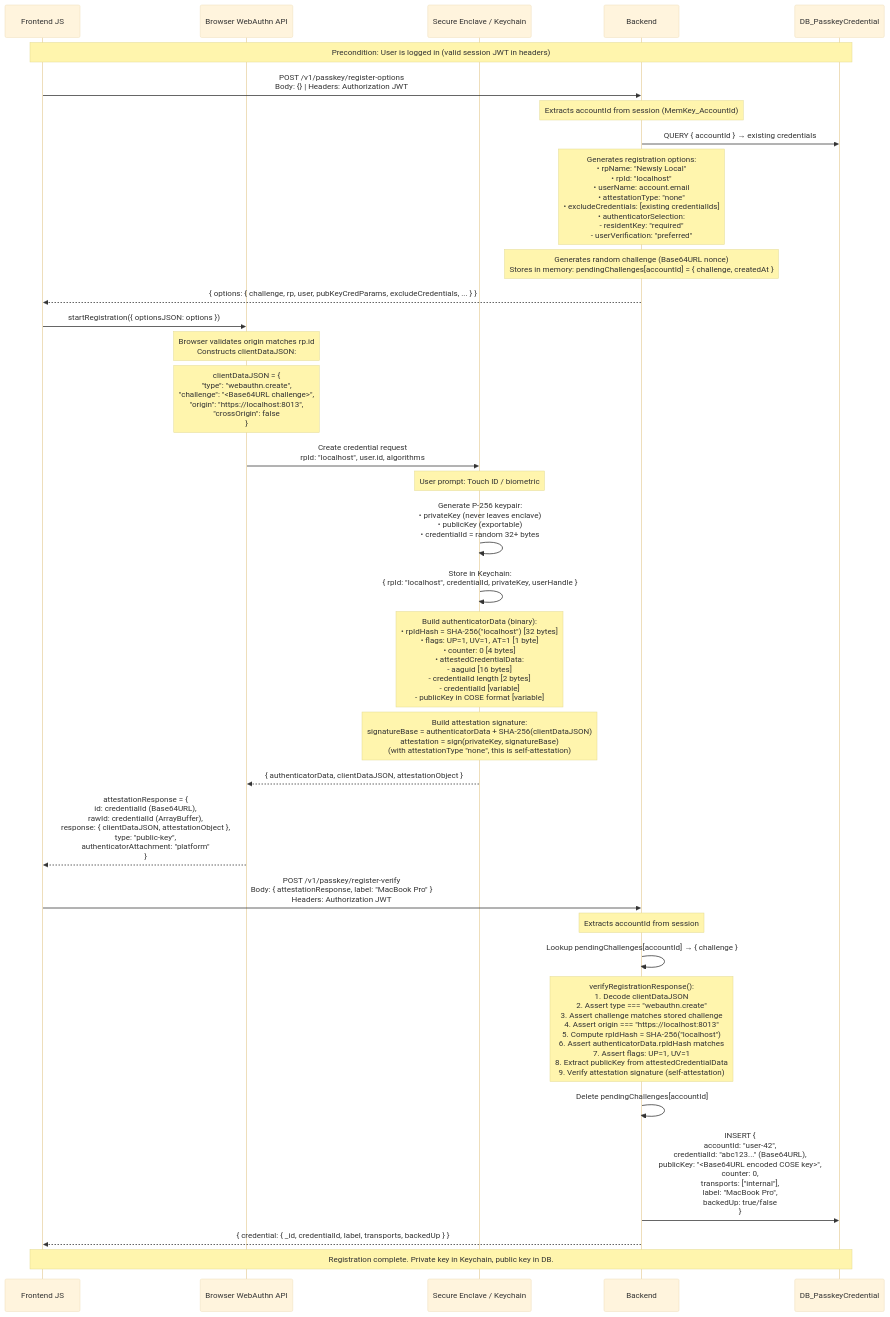
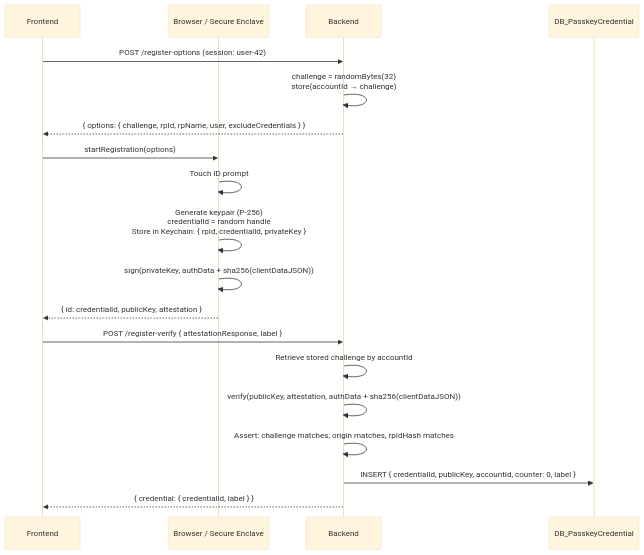
Before and after one commit to nu-art-js/thunderstorm: the diagram in auth/passkey/_docs/passkey-registration-flow.md, drawn with Mermaid (base theme). The commit also changed other lines of this file and 1 other file, not shown here.

Commit message:
docs: Simplify passkey flow diagrams — pseudo with params/output only

````diff
--- a/auth/passkey/_docs/passkey-registration-flow.md
+++ b/auth/passkey/_docs/passkey-registration-flow.md
@@ -5,42 +5,24 @@
 ```mermaid
 sequenceDiagram
-    participant FE as Frontend JS
-    participant Browser as Browser WebAuthn API
-    participant SE as Secure Enclave / Keychain
+    participant FE as Frontend
+    participant Browser as Browser / Secure Enclave
     participant BE as Backend
     participant DB as DB_PasskeyCredential
 
-    Note over FE, DB: Precondition: User is logged in (valid session JWT in headers)
+    FE->>BE: POST /register-options (session: user-42)
+    BE->>BE: challenge = randomBytes(32)<br/>store(accountId → challenge)
+    BE-->>FE: { options: { challenge, rpId, rpName, user, excludeCredentials } }
 
-    FE->>BE: POST /v1/passkey/register-options<br/>Body: {} | Headers: Authorization JWT
-    Note over BE: Extracts accountId from session (MemKey_AccountId)
-    BE->>DB: QUERY { accountId } → existing credentials
-    Note over BE: Generates registration options:<br/>• rpName: "Newsly Local"<br/>• rpId: "localhost"<br/>• userName: account.email<br/>• attestationType: "none"<br/>• excludeCredentials: [existing credentialIds]<br/>• authenticatorSelection:<br/>  - residentKey: "required"<br/>  - userVerification: "preferred"
-    Note over BE: Generates random challenge (Base64URL nonce)<br/>Stores in memory: pendingChallenges[accountId] = { challenge, createdAt }
-    BE-->>FE: { options: { challenge, rp, user, pubKeyCredParams, excludeCredentials, ... } }
+    FE->>Browser: startRegistration(options)
+    Browser->>Browser: Touch ID prompt
+    Browser->>Browser: Generate keypair (P-256)<br/>credentialId = random handle<br/>Store in Keychain: { rpId, credentialId, privateKey }
+    Browser->>Browser: sign(privateKey, authData + sha256(clientDataJSON))
+    Browser-->>FE: { id: credentialId, publicKey, attestation }
 
-    FE->>Browser: startRegistration({ optionsJSON: options })
-    Note over Browser: Browser validates origin matches rp.id<br/>Constructs clientDataJSON:
-    Note over Browser: clientDataJSON = {<br/>  "type": "webauthn.create",<br/>  "challenge": "<Base64URL challenge>",<br/>  "origin": "https://localhost:8013",<br/>  "crossOrigin": false<br/>}
-
-    Browser->>SE: Create credential request<br/>rpId: "localhost", user.id, algorithms
-    Note over SE: User prompt: Touch ID / biometric
-    SE->>SE: Generate P-256 keypair:<br/>• privateKey (never leaves enclave)<br/>• publicKey (exportable)<br/>• credentialId = random 32+ bytes
-    SE->>SE: Store in Keychain:<br/>{ rpId: "localhost", credentialId, privateKey, userHandle }
-    Note over SE: Build authenticatorData (binary):<br/>• rpIdHash = SHA-256("localhost") [32 bytes]<br/>• flags: UP=1, UV=1, AT=1 [1 byte]<br/>• counter: 0 [4 bytes]<br/>• attestedCredentialData:<br/>  - aaguid [16 bytes]<br/>  - credentialId length [2 bytes]<br/>  - credentialId [variable]<br/>  - publicKey in COSE format [variable]
-    Note over SE: Build attestation signature:<br/>signatureBase = authenticatorData + SHA-256(clientDataJSON)<br/>attestation = sign(privateKey, signatureBase)<br/>(with attestationType "none", this is self-attestation)
-    SE-->>Browser: { authenticatorData, clientDataJSON, attestationObject }
-
-    Browser-->>FE: attestationResponse = {<br/>  id: credentialId (Base64URL),<br/>  rawId: credentialId (ArrayBuffer),<br/>  response: { clientDataJSON, attestationObject },<br/>  type: "public-key",<br/>  authenticatorAttachment: "platform"<br/>}
-
-    FE->>BE: POST /v1/passkey/register-verify<br/>Body: { attestationResponse, label: "MacBook Pro" }<br/>Headers: Authorization JWT
-
-    Note over BE: Extracts accountId from session
-    BE->>BE: Lookup pendingChallenges[accountId] → { challenge }
-    Note over BE: verifyRegistrationResponse():<br/>1. Decode clientDataJSON<br/>2. Assert type === "webauthn.create"<br/>3. Assert challenge matches stored challenge<br/>4. Assert origin === "https://localhost:8013"<br/>5. Compute rpIdHash = SHA-256("localhost")<br/>6. Assert authenticatorData.rpIdHash matches<br/>7. Assert flags: UP=1, UV=1<br/>8. Extract publicKey from attestedCredentialData<br/>9. Verify attestation signature (self-attestation)
-    BE->>BE: Delete pendingChallenges[accountId]
-    BE->>DB: INSERT {<br/>  accountId: "user-42",<br/>  credentialId: "abc123..." (Base64URL),<br/>  publicKey: "<Base64URL encoded COSE key>",<br/>  counter: 0,<br/>  transports: ["internal"],<br/>  label: "MacBook Pro",<br/>  backedUp: true/false<br/>}
-    BE-->>FE: { credential: { _id, credentialId, label, transports, backedUp } }
-
-    Note over FE, DB: Registration complete. Private key in Keychain, public key in DB.
+    FE->>BE: POST /register-verify { attestationResponse, label }
+    BE->>BE: Retrieve stored challenge by accountId
+    BE->>BE: verify(publicKey, attestation, authData + sha256(clientDataJSON))
+    BE->>BE: Assert: challenge matches, origin matches, rpIdHash matches
+    BE->>DB: INSERT { credentialId, publicKey, accountId, counter: 0, label }
+    BE-->>FE: { credential: { credentialId, label } }
 ```
````
